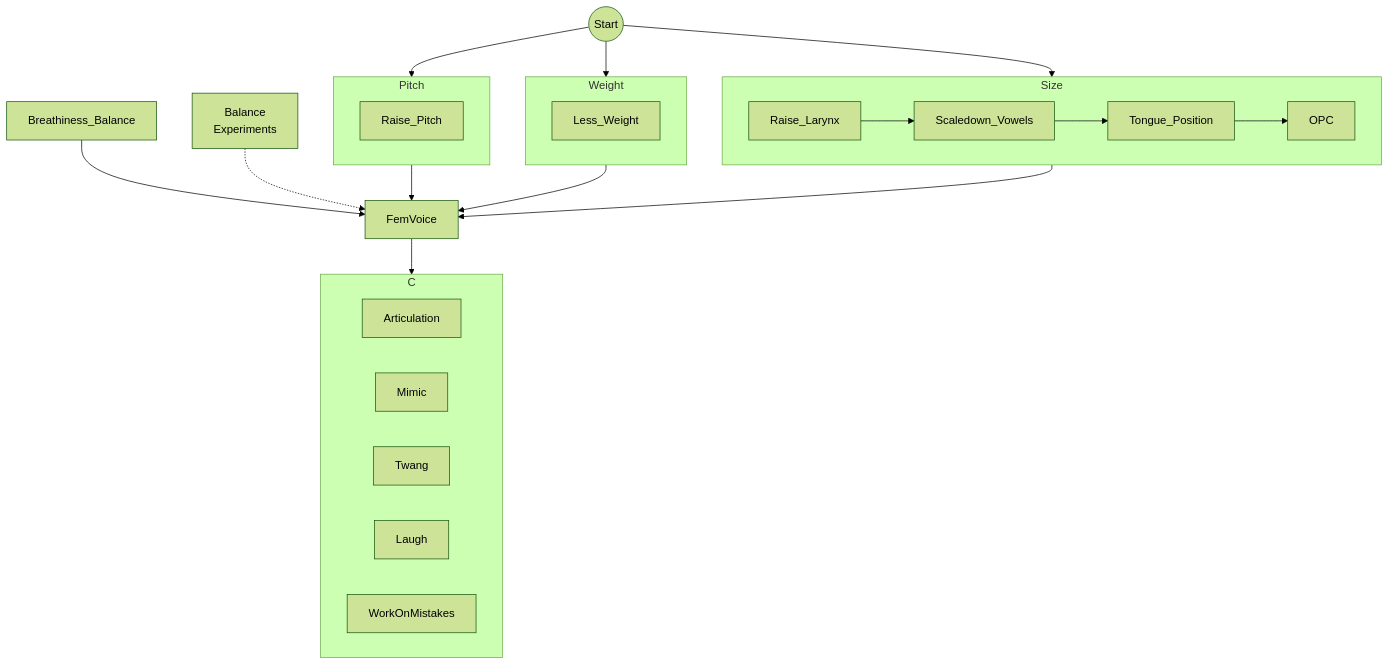
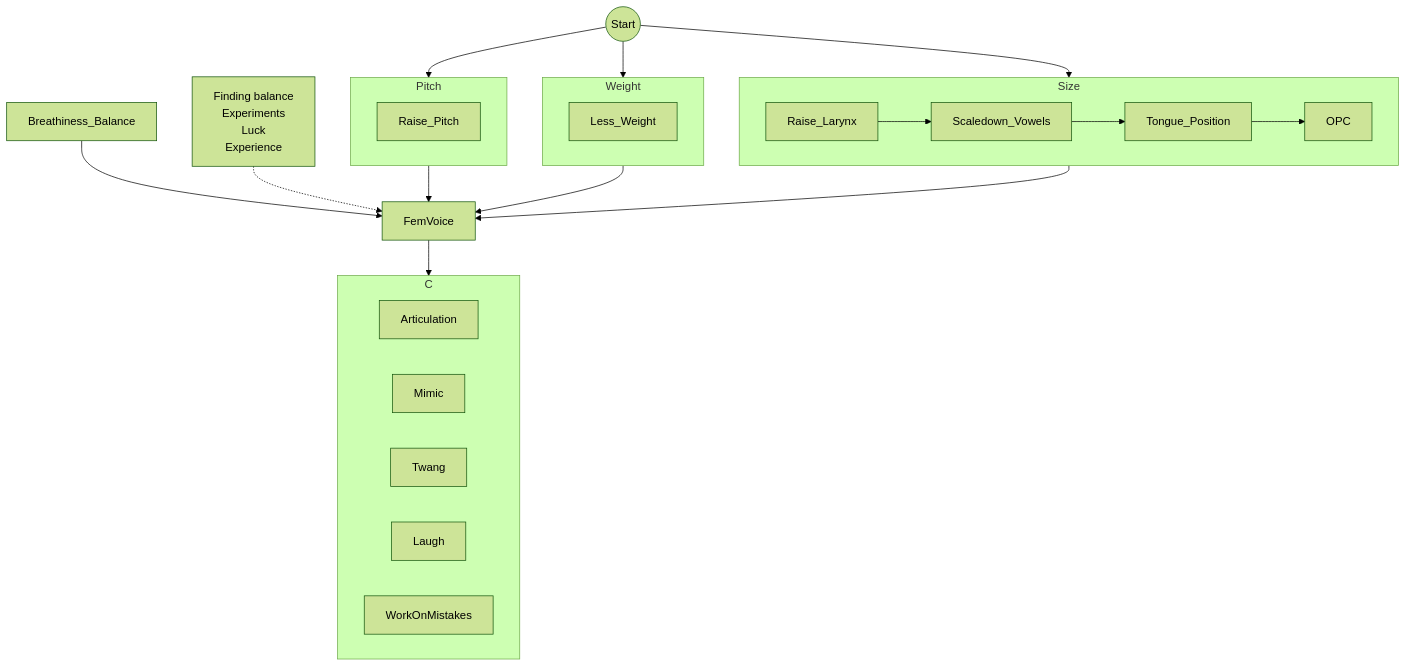
One commit to iggy-smart/voice-alt changed the diagram in female-voice-en.md. Above: the diagram before and after it, drawn with Mermaid (forest theme). The commit also changed other lines of this file, not shown here.

````diff
--- a/female-voice-en.md
+++ b/female-voice-en.md
@@ -96,36 +109,36 @@
 ```mermaid
 graph TD
     A((Start))
     A --> Pitch --> B
     A --> Weight --> B
     A --> Size --> B
 
     subgraph Pitch
         Raise_Pitch
     end
 
     subgraph Size
         Raise_Larynx --> Scaledown_Vowels --> Tongue_Position --> OPC
     end
 
     subgraph Weight
         Less_Weight
     end
 
     C[Improve]
     B[FemVoice]
     
     Breathiness_Balance --> B
-    Balance[Balance</br>Experiments] -.-> B
+    Balance[Finding balance</br>Experiments</br>Luck</br>Experience] -.-> B
     
     B --> C
 
     subgraph C
         Articulation
         Mimic
         Twang
         Laugh
 	WorkOnMistakes
     end
     
 ```
````
